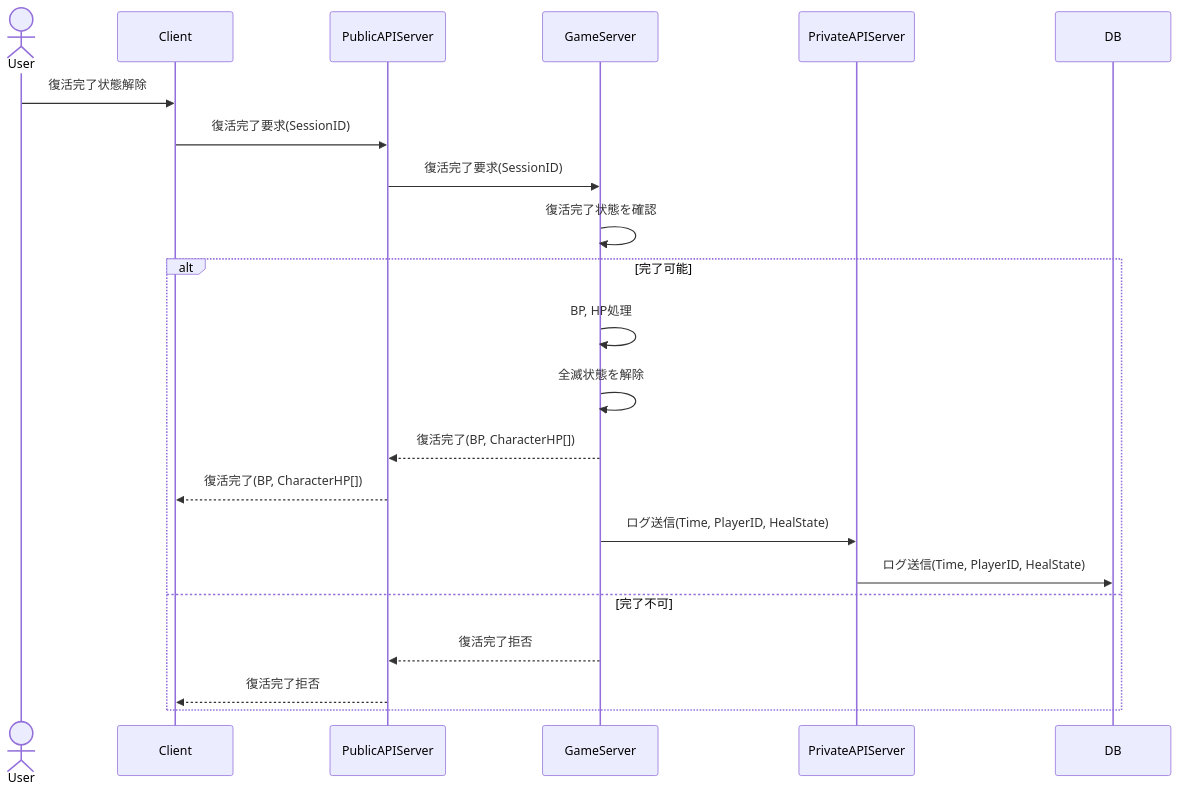
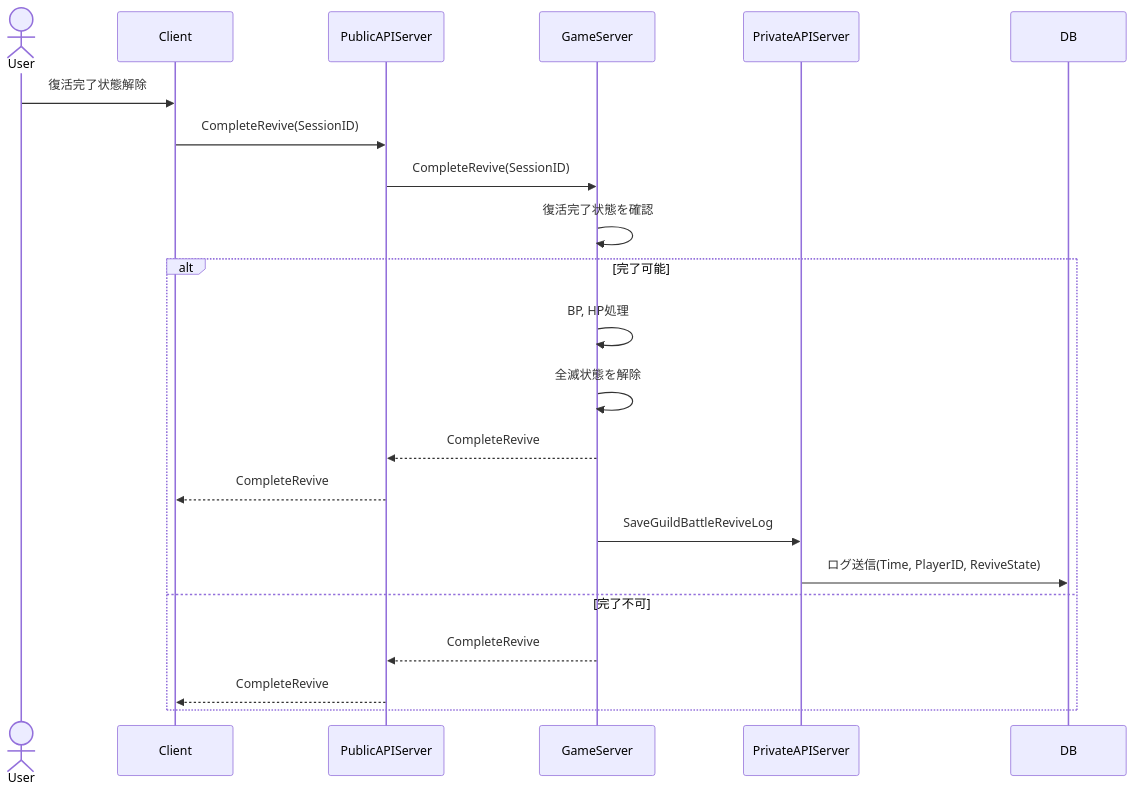
Diagram 16 of 17 in guild_battle.md (ReHydrangeaOdyssey/Specifications), drawn with Mermaid before and after one commit. The commit also changed other lines of this file and 15 other files, not shown here.

````diff
--- a/guild_battle.md
+++ b/guild_battle.md
@@ -948,28 +968,28 @@
 ```mermaid
 sequenceDiagram
     actor User
     participant Client
     participant PublicAPIServer
     participant GameServer
     participant PrivateAPIServer
     participant DB
 
     User->>Client: 復活完了状態解除
-    Client->>PublicAPIServer: 復活完了要求(SessionID)
-    PublicAPIServer->>GameServer: 復活完了要求(SessionID)
+    Client->>PublicAPIServer: CompleteRevive(SessionID)
+    PublicAPIServer->>GameServer: CompleteRevive(SessionID)
 
     GameServer->>GameServer: 復活完了状態を確認
 
     alt 完了可能
         GameServer->>GameServer: BP, HP処理
         GameServer->>GameServer: 全滅状態を解除
-        GameServer-->>PublicAPIServer: 復活完了(BP, CharacterHP[])
-        PublicAPIServer-->>Client: 復活完了(BP, CharacterHP[])
+        GameServer-->>PublicAPIServer: CompleteRevive
+        PublicAPIServer-->>Client: CompleteRevive
 
-        GameServer ->> PrivateAPIServer: ログ送信(Time, PlayerID, HealState)
-        PrivateAPIServer ->> DB: ログ送信(Time, PlayerID, HealState)
+        GameServer ->> PrivateAPIServer: SaveGuildBattleReviveLog
+        PrivateAPIServer ->> DB: ログ送信(Time, PlayerID, ReviveState)
     else 完了不可
-        GameServer-->>PublicAPIServer: 復活完了拒否
-        PublicAPIServer-->>Client: 復活完了拒否
+        GameServer-->>PublicAPIServer: CompleteRevive
+        PublicAPIServer-->>Client: CompleteRevive
     end
 ```
````
